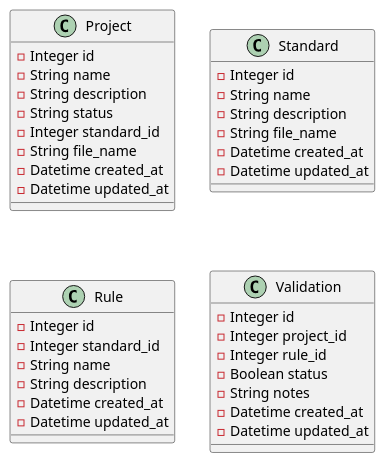
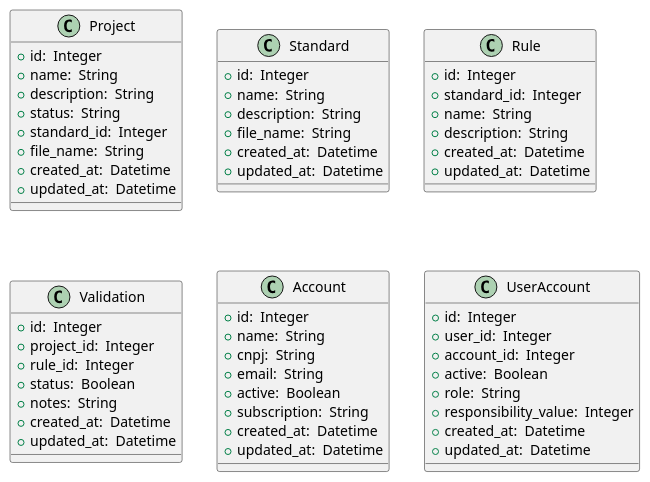
One commit to mainhaconstrutech/mainha-docs changed the diagram in architecture-diagrams/Code.puml. Above: the diagram before and after it, drawn with PlantUML. The commit also changed 2 other files, not shown here.

Commit message:
Atualização de diagramas ER e C4 Model - Code

```diff
--- a/architecture-diagrams/Code.puml
+++ b/architecture-diagrams/Code.puml
@@ -1,43 +1,65 @@
 @startuml BibliotecaCodigo
 !include https://raw.githubusercontent.com/plantuml-stdlib/C4-PlantUML/master/C4_Component.puml
 
 class Project {
-  - Integer id
-  - String name
-  - String description
-  - String status
-  - Integer standard_id
-  - String file_name
-  - Datetime created_at
-  - Datetime updated_at
+  +id:  Integer
+  +name:  String
+  +description:  String
+  +status:  String
+  +standard_id:  Integer
+  +file_name:  String
+  +created_at:  Datetime
+  +updated_at:  Datetime
 }
 
 class Standard {
-  - Integer id
-  - String name
-  - String description
-  - String file_name
-  - Datetime created_at
-  - Datetime updated_at
+  +id:  Integer
+  +name:  String
+  +description:  String
+  +file_name:  String
+  +created_at:  Datetime
+  +updated_at:  Datetime
 }
 
 class Rule {
-  - Integer id
-  - Integer standard_id
-  - String name
-  - String description
-  - Datetime created_at
-  - Datetime updated_at
+  +id:  Integer
+  +standard_id:  Integer
+  +name:  String
+  +description:  String
+  +created_at:  Datetime
+  +updated_at:  Datetime
 }
 
 class Validation {
-  - Integer id
-  - Integer project_id
-  - Integer rule_id
-  - Boolean status
-  - String notes
-  - Datetime created_at
-  - Datetime updated_at
+  +id:  Integer
+  +project_id:  Integer
+  +rule_id:  Integer
+  +status:  Boolean
+  +notes:  String
+  +created_at:  Datetime
+  +updated_at:  Datetime
+}
+
+class Account {
+  +id:  Integer
+  +name:  String
+  +cnpj:  String
+  +email:  String
+  +active:  Boolean 
+  +subscription:  String
+  +created_at:  Datetime
+  +updated_at:  Datetime
+}
+
+class UserAccount {
+  +id:  Integer
+  +user_id:  Integer
+  +account_id:  Integer
+  +active:  Boolean
+  +role:  String
+  +responsibility_value:  Integer
+  +created_at:  Datetime
+  +updated_at:  Datetime
 }
 
 @enduml
```
